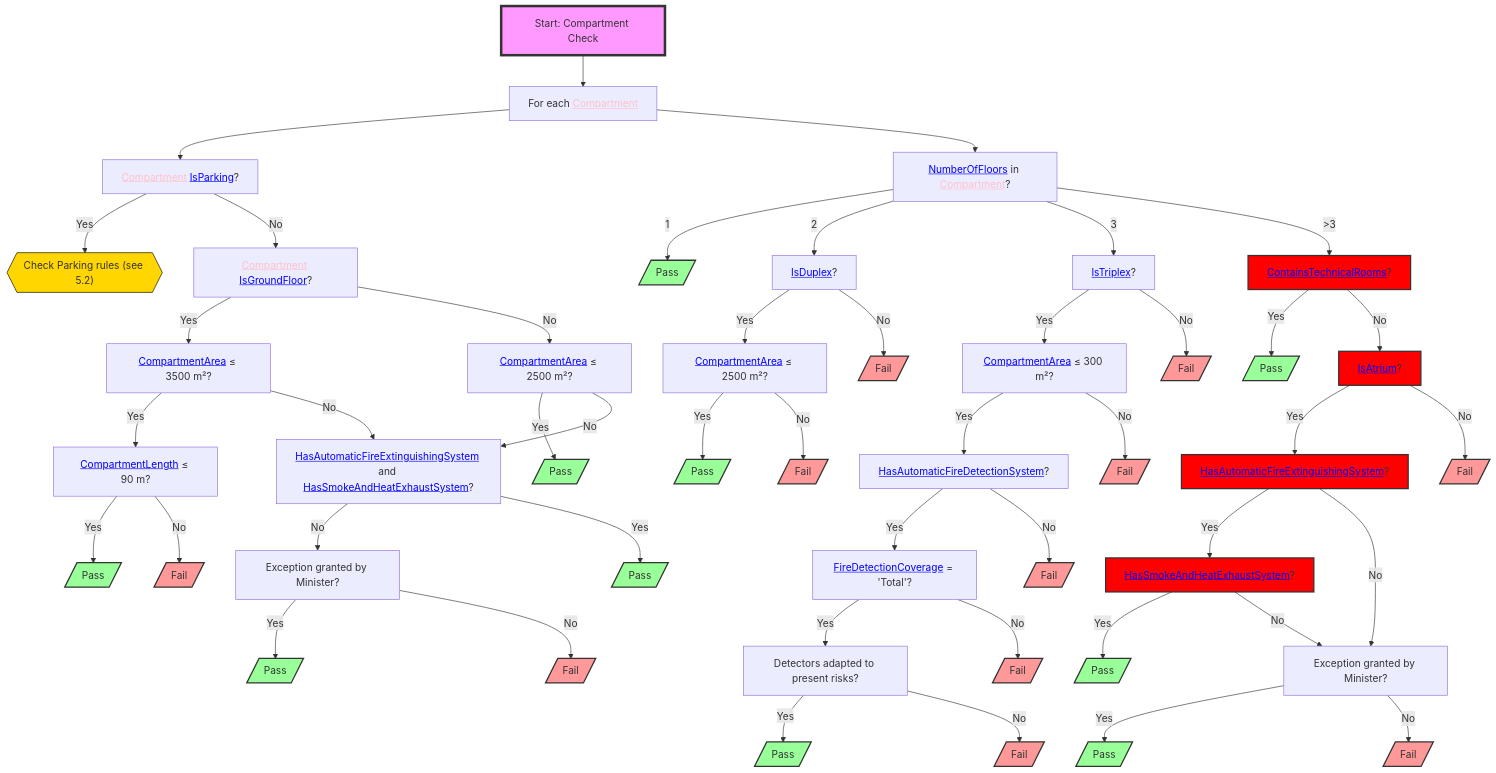
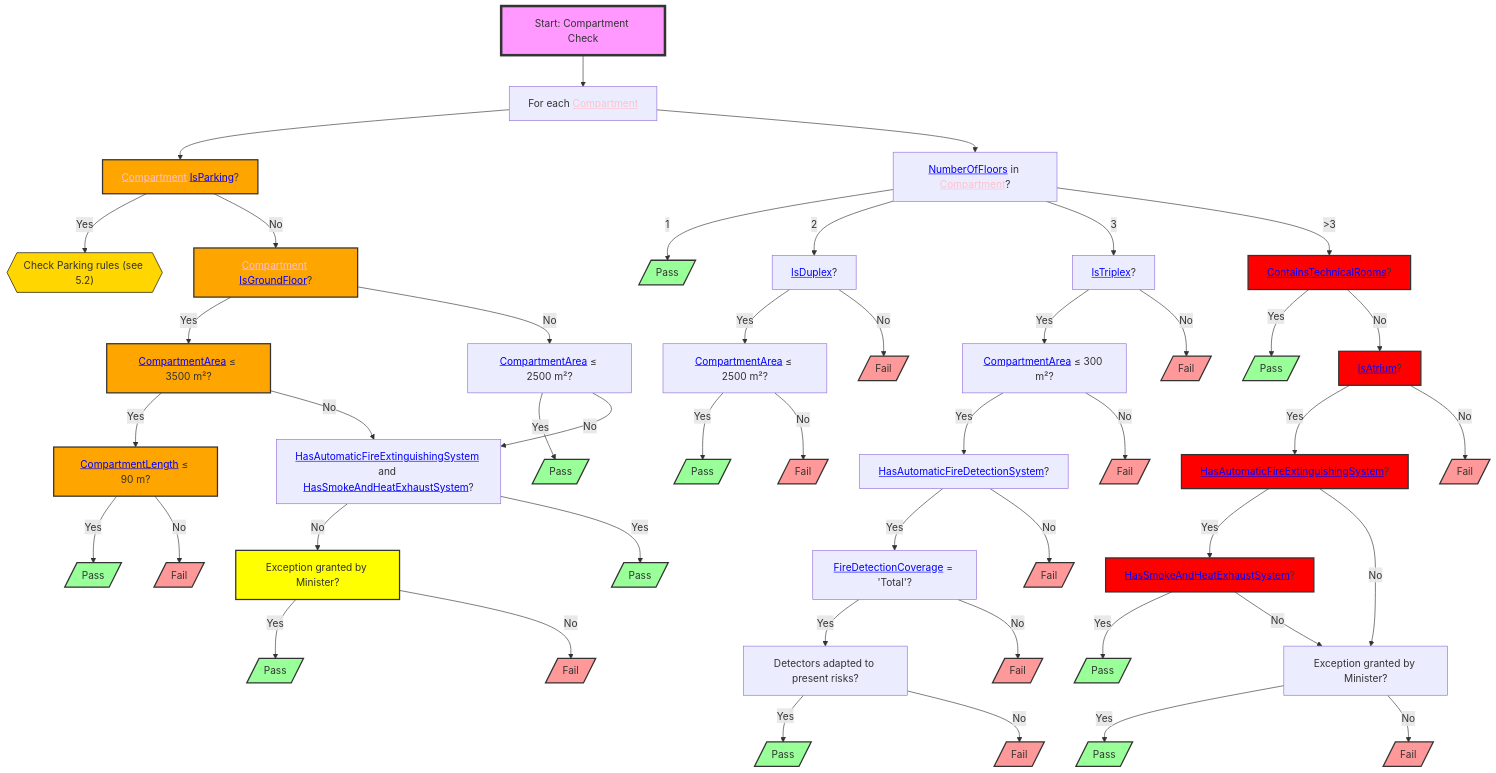
Before and after one commit to CedricDriesen92/RulebookProcessing: the diagram in mmddiagrams/section_2_1_highlighted.mmd, drawn with Mermaid. The commit also changed 5 other files, not shown here.

Commit message:
changed chart color based on severity level of result

```diff
--- a/mmddiagrams/section_2_1_highlighted.mmd
+++ b/mmddiagrams/section_2_1_highlighted.mmd
@@ -1,78 +1,85 @@
 flowchart TD
     S1["Start: Compartment Check"] --> A["For each <a href='http://example.com/firebimbuilding#Compartment' style='color:pink;'>Compartment</a>"]
     A --> B["<a href='http://example.com/firebimbuilding#Compartment' style='color:pink;'>Compartment</a> <a href='http://example.com/firebimbuilding#IsParking' style='color:blue'>IsParking</a>?"] & M["<a href='http://example.com/firebimbuilding#NumberOfFloors' style='color:blue'>NumberOfFloors</a> in <a href='http://example.com/firebimbuilding#Compartment' style='color:pink'>Compartment</a>?"]
     B -- Yes --> C["Check Parking rules (see 5.2)"]
     B -- No --> D["<a href='http://example.com/firebimbuilding#Compartment' style='color:pink;'>Compartment</a> <a href='http://example.com/firebimbuilding#IsGroundFloor' style='color:blue'>IsGroundFloor</a>?"]
     D -- Yes --> E["<a href='http://example.com/firebimbuilding#CompartmentArea' style='color:blue;'>CompartmentArea</a> ≤ 3500 m²?"]
     D -- No --> F["<a href='http://example.com/firebimbuilding#CompartmentArea' style='color:blue;'>CompartmentArea</a> ≤ 2500 m²?"]
     E -- Yes --> G["<a href='http://example.com/firebimbuilding#CompartmentLength' style='color:blue;'>CompartmentLength</a> ≤ 90 m?"]
     E -- No --> H["<a href='http://example.com/firebimbuilding#HasAutomaticFireExtinguishingSystem' style='color:blue;'>HasAutomaticFireExtinguishingSystem</a> and <a href='http://example.com/firebimbuilding#HasSmokeAndHeatExhaustSystem' style='color:blue'>HasSmokeAndHeatExhaustSystem</a>?"]
     F -- Yes --> I[/"Pass"/]
     F -- No --> H
     G -- Yes --> IA[/"Pass"/]
     G -- No --> J[/"Fail"/]
     H -- No --> L["Exception granted by Minister?"]
     L -- Yes --> IC[/"Pass"/]
     L -- No --> JA[/"Fail"/]
     M -- 1 --> N[/"Pass"/]
     M -- 2 --> O["<a href='http://example.com/firebimbuilding#IsDuplex' style='color:blue;'>IsDuplex</a>?"]
     M -- 3 --> P["<a href='http://example.com/firebimbuilding#IsTriplex' style='color:blue;'>IsTriplex</a>?"]
     M -- >3 --> Q["<a href='http://example.com/firebimbuilding#ContainsTechnicalRooms' style='color:blue;'>ContainsTechnicalRooms</a>?"]
     O -- Yes --> R["<a href='http://example.com/firebimbuilding#CompartmentArea' style='color:blue;'>CompartmentArea</a> ≤ 2500 m²?"]
     O -- No --> JB[/"Fail"/]
     P -- Yes --> S["<a href='http://example.com/firebimbuilding#CompartmentArea' style='color:blue;'>CompartmentArea</a> ≤ 300 m²?"]
     P -- No --> JC[/"Fail"/]
     Q -- Yes --> T[/"Pass"/]
     Q -- No --> U["<a href='http://example.com/firebimbuilding#IsAtrium' style='color:blue;'>IsAtrium</a>?"]
     R -- Yes --> NA[/"Pass"/]
     R -- No --> JD[/"Fail"/]
     S -- Yes --> V["<a href='http://example.com/firebimbuilding#HasAutomaticFireDetectionSystem' style='color:blue;'>HasAutomaticFireDetectionSystem</a>?"]
     S -- No --> JE[/"Fail"/]
     U -- Yes --> W["<a href='http://example.com/firebimbuilding#HasAutomaticFireExtinguishingSystem' style='color:blue;'>HasAutomaticFireExtinguishingSystem</a>?"]
     U -- No --> JF[/"Fail"/]
     V -- Yes --> X["<a href='http://example.com/firebimbuilding#FireDetectionCoverage' style='color:blue;'>FireDetectionCoverage</a> = 'Total'?"]
     V -- No --> JG[/"Fail"/]
     W -- Yes --> Y["<a href='http://example.com/firebimbuilding#HasSmokeAndHeatExhaustSystem' style='color:blue;'>HasSmokeAndHeatExhaustSystem</a>?"]
     W -- No --> Z["Exception granted by Minister?"]
     X -- Yes --> AA["Detectors adapted to present risks?"]
     X -- No --> JH[/"Fail"/]
     Y -- Yes --> AB[/"Pass"/]
     Y -- No --> Z
     Z -- Yes --> AC[/"Pass"/]
     Z -- No --> JI[/"Fail"/]
     AA -- Yes --> AD[/"Pass"/]
     AA -- No --> JJ[/"Fail"/]
     H -- Yes --> IB[/"Pass"/]
 
     C@{shape: hex}
     S1:::startClass
     I:::passClass
     IA:::passClass
     J:::failClass
     IC:::passClass
     JA:::failClass
     N:::passClass
     JB:::failClass
     JC:::failClass
     T:::passClass
     NA:::passClass
     JD:::failClass
     JE:::failClass
     JF:::failClass
     JG:::failClass
     JH:::failClass
     AB:::passClass
     AC:::passClass
     JI:::failClass
     AD:::passClass
     JJ:::failClass
     IB:::passClass
     classDef startClass fill:#f9f,stroke:#333,stroke-width:4px
-classDef failed fill:#ff0000,stroke:#333,stroke-width:2px
+classDef info fill:#ffff00,stroke:#333,stroke-width:2px
+classDef warning fill:#ffa500,stroke:#333,stroke-width:2px
+classDef violation fill:#ff0000,stroke:#333,stroke-width:2px
     classDef passClass fill:#9f9,stroke:#333,stroke-width:2px
     classDef failClass fill:#f99,stroke:#333,stroke-width:2px
     style C stroke:#000000,stroke-width:1px,stroke-dasharray:0,fill:#FFD600
-W:::failed
-U:::failed
-Q:::failed
-Y:::failed
+Q:::violation
+U:::violation
+W:::violation
+Y:::violation
+L:::info
+B:::warning
+D:::warning
+E:::warning
+G:::warning
```
